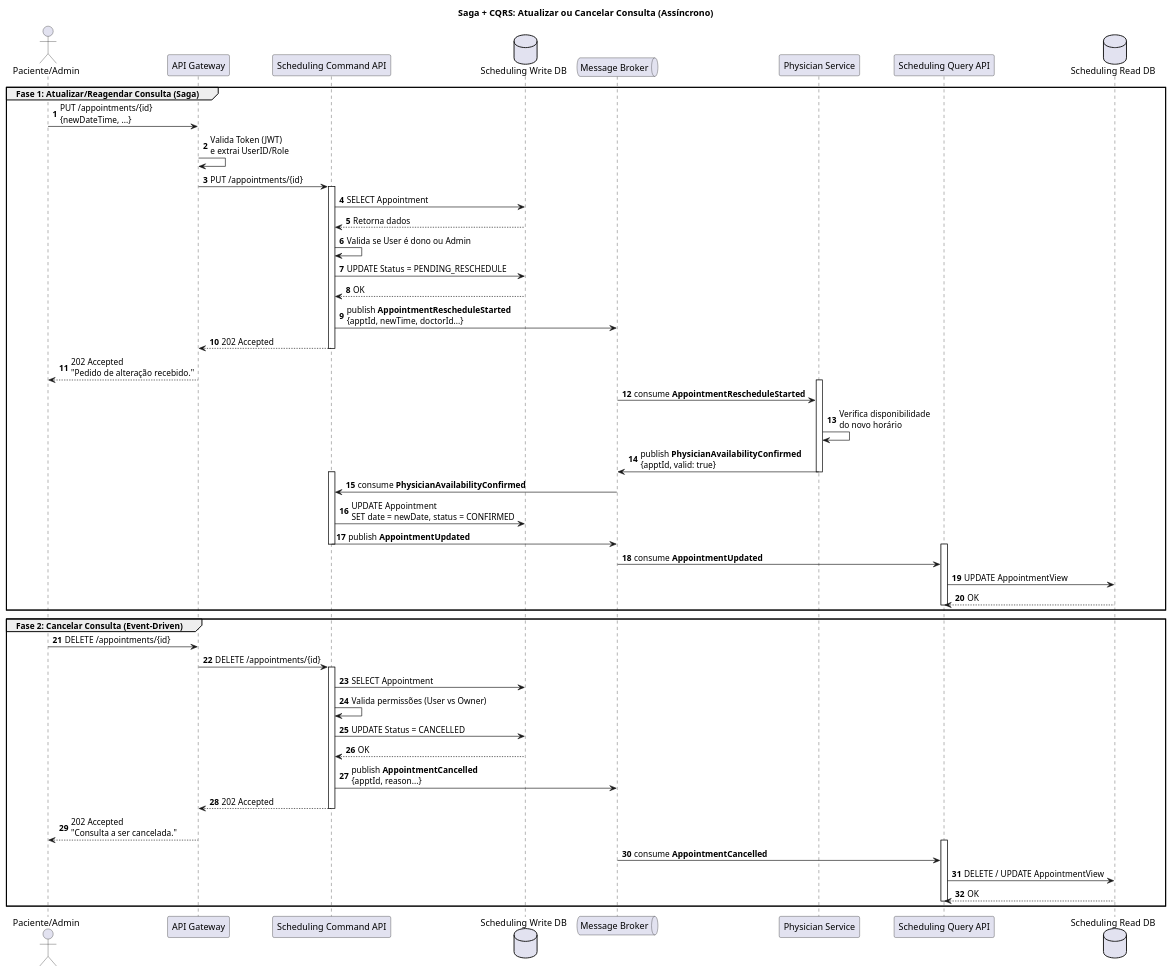
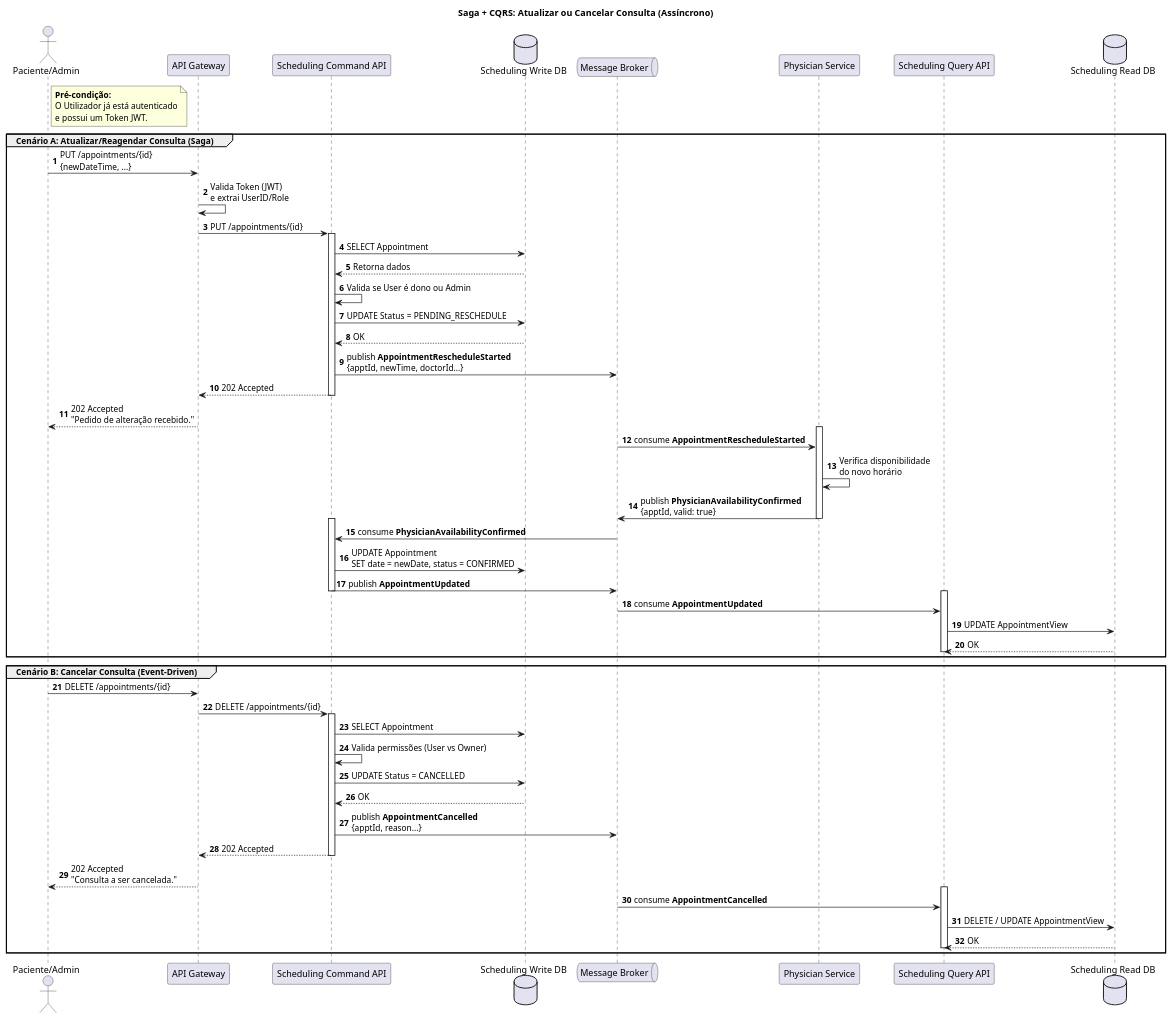
One commit to Parafita123/LETI_SIDIS_3DA_2 changed the diagram in docs/2_entrega/Sequence Diagram/Diagrama de Sequencia - Cancelar Consulta.puml. Above: the diagram before and after it, drawn with PlantUML. The commit also changed 6 other files, not shown here.

Commit message:
Finalização dos diagramas

```diff
--- a/docs/2_entrega/Sequence Diagram/Diagrama de Sequencia - Cancelar Consulta.puml
+++ b/docs/2_entrega/Sequence Diagram/Diagrama de Sequencia - Cancelar Consulta.puml
@@ -1,88 +1,93 @@
 @startuml
 title Saga + CQRS: Atualizar ou Cancelar Consulta (Assíncrono)
 
 actor "Paciente/Admin" as User
 participant "API Gateway" as Gateway
 participant "Scheduling Command API" as SchedCmd
 database "Scheduling Write DB" as WDB
 queue "Message Broker" as Broker
 participant "Physician Service" as DocSvc
 participant "Scheduling Query API" as SchedQuery
 database "Scheduling Read DB" as RDB
 
 autonumber
 
-group Fase 1: Atualizar/Reagendar Consulta (Saga)
+note right of User
+  **Pré-condição:**
+  O Utilizador já está autenticado
+  e possui um Token JWT.
+end note
+
+group Cenário A: Atualizar/Reagendar Consulta (Saga)
 
     User -> Gateway : PUT /appointments/{id}\n{newDateTime, ...}
 
     Gateway -> Gateway : Valida Token (JWT)\ne extrai UserID/Role
 
     Gateway -> SchedCmd : PUT /appointments/{id}
 
     activate SchedCmd
 
         SchedCmd -> WDB : SELECT Appointment
         WDB --> SchedCmd : Retorna dados
         SchedCmd -> SchedCmd : Valida se User é dono ou Admin
 
         SchedCmd -> WDB : UPDATE Status = PENDING_RESCHEDULE
         WDB --> SchedCmd : OK
 
         SchedCmd -> Broker : publish **AppointmentRescheduleStarted**\n{apptId, newTime, doctorId...}
 
         SchedCmd --> Gateway : 202 Accepted
     deactivate SchedCmd
 
     Gateway --> User : 202 Accepted\n"Pedido de alteração recebido."
 
     activate DocSvc
         Broker -> DocSvc : consume **AppointmentRescheduleStarted**
         DocSvc -> DocSvc : Verifica disponibilidade\ndo novo horário
         DocSvc -> Broker : publish **PhysicianAvailabilityConfirmed**\n{apptId, valid: true}
     deactivate DocSvc
 
     activate SchedCmd
         Broker -> SchedCmd : consume **PhysicianAvailabilityConfirmed**
         SchedCmd -> WDB : UPDATE Appointment\nSET date = newDate, status = CONFIRMED
 
         SchedCmd -> Broker : publish **AppointmentUpdated**
     deactivate SchedCmd
 
     activate SchedQuery
         Broker -> SchedQuery : consume **AppointmentUpdated**
         SchedQuery -> RDB : UPDATE AppointmentView
         RDB --> SchedQuery : OK
     deactivate SchedQuery
 
 end
 
-group Fase 2: Cancelar Consulta (Event-Driven)
+group Cenário B: Cancelar Consulta (Event-Driven)
 
     User -> Gateway : DELETE /appointments/{id}
     Gateway -> SchedCmd : DELETE /appointments/{id}
 
     activate SchedCmd
 
         SchedCmd -> WDB : SELECT Appointment
         SchedCmd -> SchedCmd : Valida permissões (User vs Owner)
 
         SchedCmd -> WDB : UPDATE Status = CANCELLED
         WDB --> SchedCmd : OK
 
         SchedCmd -> Broker : publish **AppointmentCancelled**\n{apptId, reason...}
 
         SchedCmd --> Gateway : 202 Accepted
     deactivate SchedCmd
 
     Gateway --> User : 202 Accepted\n"Consulta a ser cancelada."
 
     activate SchedQuery
         Broker -> SchedQuery : consume **AppointmentCancelled**
         SchedQuery -> RDB : DELETE / UPDATE AppointmentView
         RDB --> SchedQuery : OK
     deactivate SchedQuery
 
-
 end
 @enduml
```
